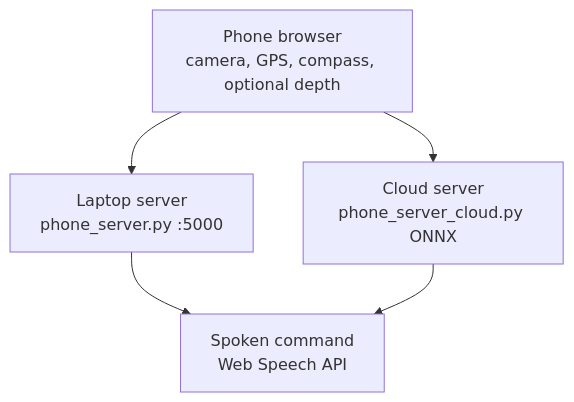
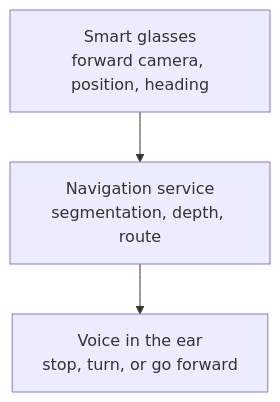
One commit to chiranjivaraoatluri13/Smart_Cane_AI changed the first of 2 diagrams in docs/DIAGRAMS.md. Above: the diagram before and after it, drawn with Mermaid. The commit also changed other lines of this file and 5 other files, not shown here.

Commit message:
Reframe the README architecture around smart glasses.

````diff
--- a/docs/DIAGRAMS.md
+++ b/docs/DIAGRAMS.md
@@ -18,8 +17,6 @@
 ```mermaid
 flowchart TD
-    phone["Phone browser<br/>camera, GPS, compass, optional depth"]
-    phone --> laptop["Laptop server<br/>phone_server.py :5000"]
-    phone --> cloud["Cloud server<br/>phone_server_cloud.py ONNX"]
-    laptop --> speech["Spoken command<br/>Web Speech API"]
-    cloud --> speech
+    glasses["Smart glasses<br/>forward camera, position, heading"]
+    glasses --> service["Navigation service<br/>segmentation, depth, route"]
+    service --> voice["Voice in the ear<br/>stop, turn, or go forward"]
 ```
````
